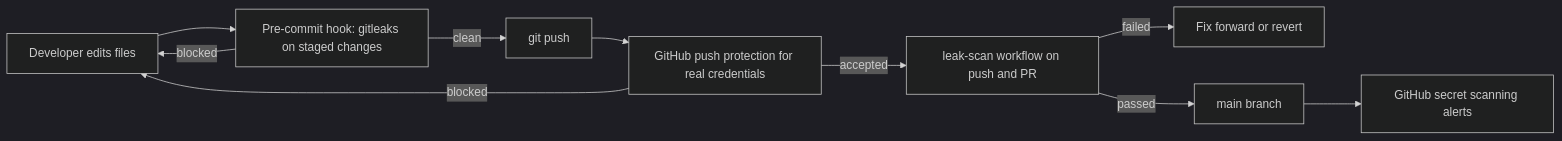
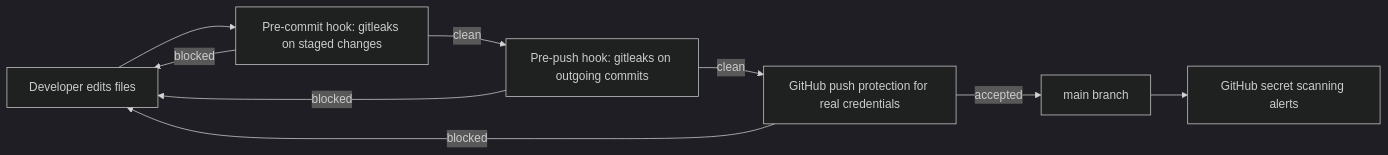
One commit to ADefWebserver/Blazor-Azure-Inventory changed the fourth of 7 diagrams in Docs/public-release-and-org-config-plan.md. Above: the diagram before and after it, drawn with Mermaid (dark theme). The commit also changed other lines of this file and 4 other files, not shown here.

Commit message:
chore(Security): Replace GitHub leak-scan workflow with a gitleaks pre-push hook

````diff
--- a/Docs/public-release-and-org-config-plan.md
+++ b/Docs/public-release-and-org-config-plan.md
@@ -370,12 +364,11 @@
 ```mermaid
 flowchart LR
     Dev["Developer edits files"] --> Hook["Pre-commit hook: gitleaks on staged changes"]
     Hook -->|"blocked"| Dev
-    Hook -->|"clean"| Push["git push"]
-    Push --> GHPP["GitHub push protection for real credentials"]
+    Hook -->|"clean"| PrePush["Pre-push hook: gitleaks on outgoing commits"]
+    PrePush -->|"blocked"| Dev
+    PrePush -->|"clean"| GHPP["GitHub push protection for real credentials"]
     GHPP -->|"blocked"| Dev
-    GHPP -->|"accepted"| CI["leak-scan workflow on push and PR"]
-    CI -->|"failed"| Alert["Fix forward or revert"]
-    CI -->|"passed"| Main["main branch"]
+    GHPP -->|"accepted"| Main["main branch"]
     Main --> GHSS["GitHub secret scanning alerts"]
 ```
````
